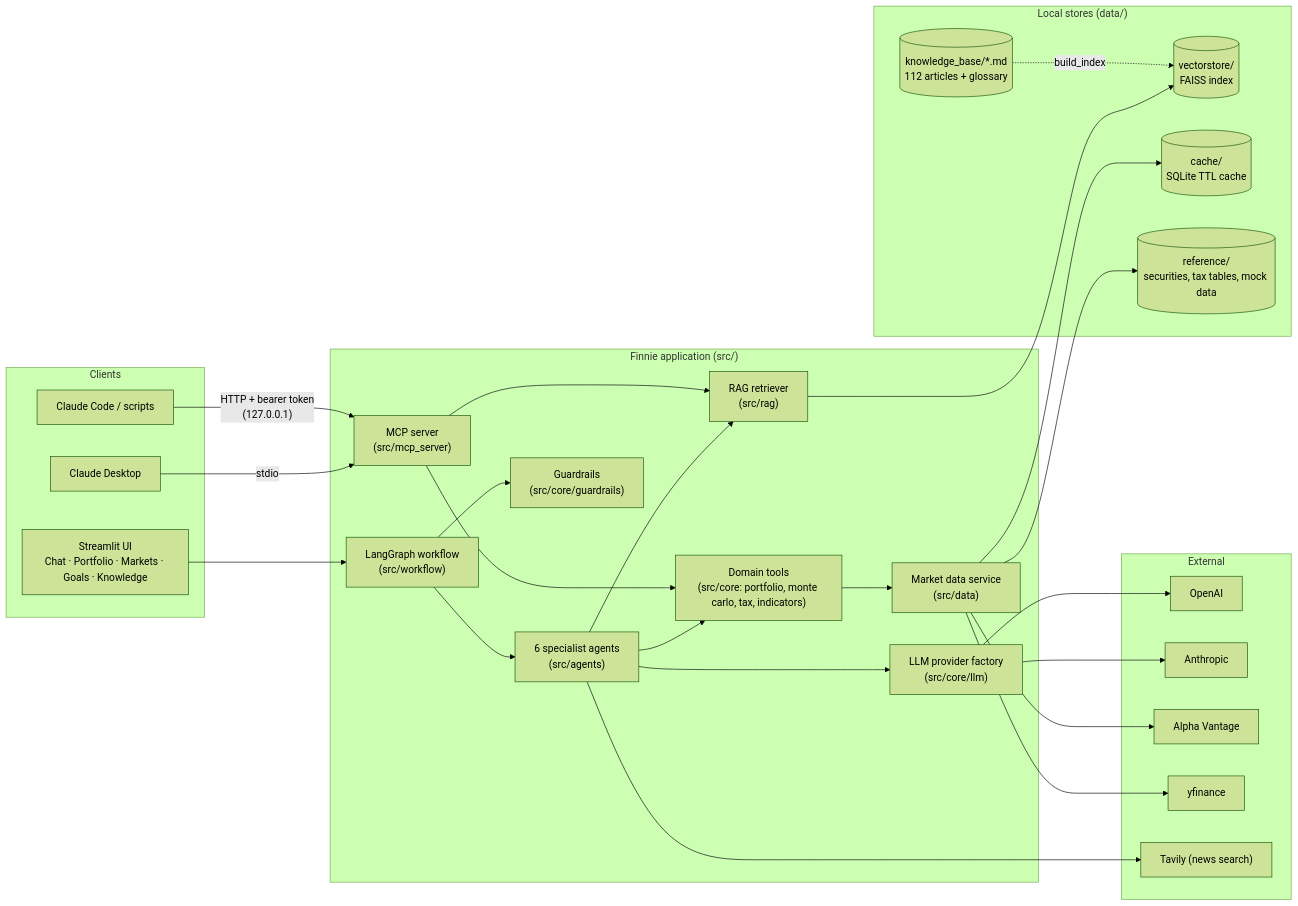
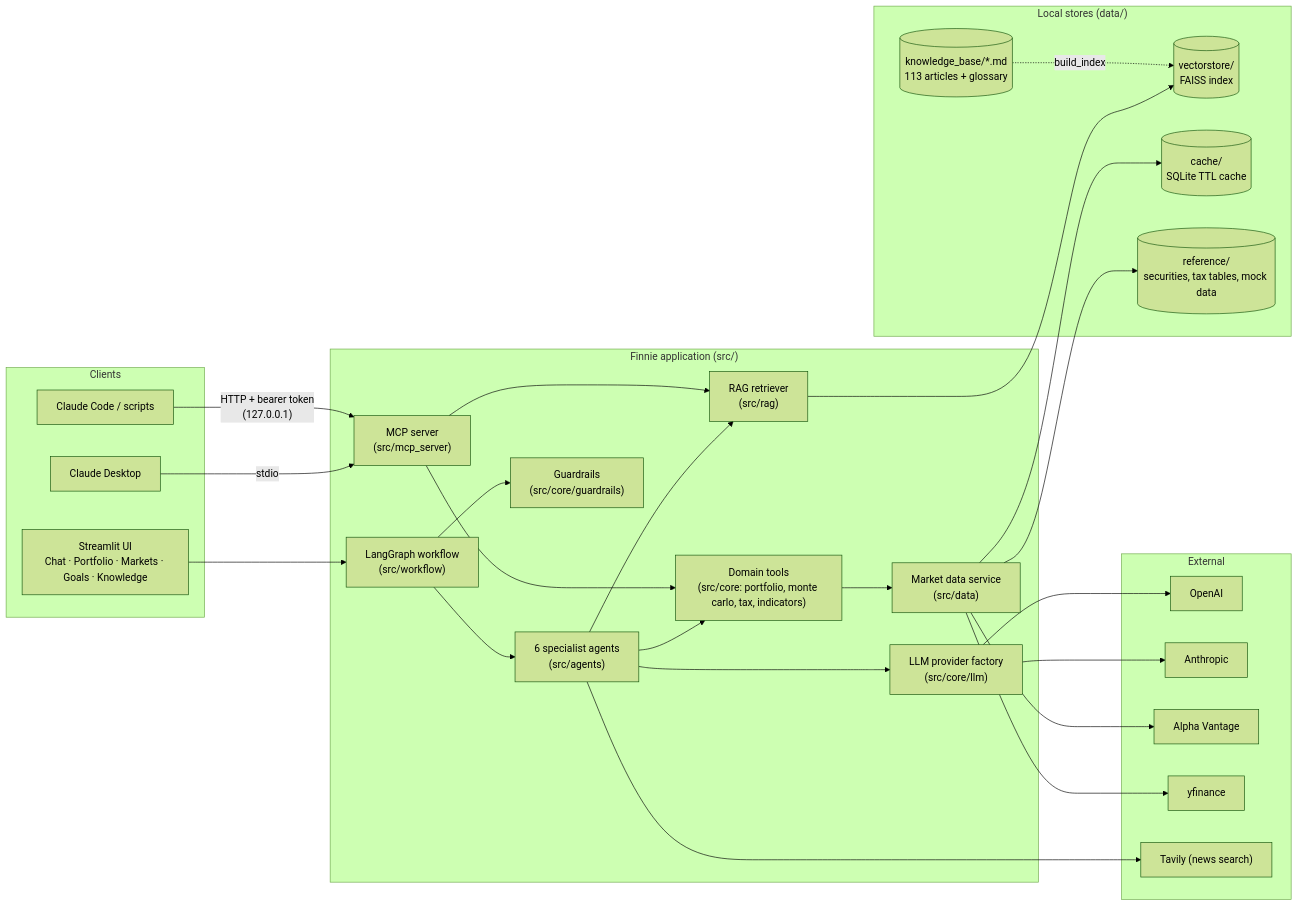
Before and after one commit to adammazhar/finnie-ai-finance-assistant: the first of 6 diagrams in docs/DESIGN.md, drawn with Mermaid (forest theme). The commit also changed other lines of this file and 101 other files, not shown here.

````diff
--- a/docs/DESIGN.md
+++ b/docs/DESIGN.md
@@ -37,53 +37,53 @@
 ```mermaid
 flowchart LR
     subgraph Clients
         UI["Streamlit UI<br/>Chat · Portfolio · Markets · Goals · Knowledge"]
         CD["Claude Desktop"]
         CC["Claude Code / scripts"]
     end
 
     subgraph App["Finnie application (src/)"]
         WF["LangGraph workflow<br/>(src/workflow)"]
         AG["6 specialist agents<br/>(src/agents)"]
         GR["Guardrails<br/>(src/core/guardrails)"]
         LLMF["LLM provider factory<br/>(src/core/llm)"]
         TOOLS["Domain tools<br/>(src/core: portfolio, monte carlo, tax, indicators)"]
         RAG["RAG retriever<br/>(src/rag)"]
         MD["Market data service<br/>(src/data)"]
         MCP["MCP server<br/>(src/mcp_server)"]
     end
 
     subgraph Stores["Local stores (data/)"]
-        KB[("knowledge_base/*.md<br/>112 articles + glossary")]
+        KB[("knowledge_base/*.md<br/>113 articles + glossary")]
         VS[("vectorstore/<br/>FAISS index")]
         CACHE[("cache/<br/>SQLite TTL cache")]
         REF[("reference/<br/>securities, tax tables, mock data")]
     end
 
     subgraph External
         OAI["OpenAI"]
         ANT["Anthropic"]
         AV["Alpha Vantage"]
         YF["yfinance"]
         TV["Tavily (news search)"]
     end
 
     UI --> WF
     CD -- stdio --> MCP
     CC -- "HTTP + bearer token<br/>(127.0.0.1)" --> MCP
     WF --> GR
     WF --> AG
     AG --> LLMF
     AG --> TOOLS
     AG --> RAG
     TOOLS --> MD
     MCP --> TOOLS
     MCP --> RAG
     RAG --> VS
     KB -. build_index .-> VS
     MD --> CACHE
     MD --> REF
     LLMF --> OAI & ANT
     MD --> AV & YF
     AG --> TV
 ```
````
